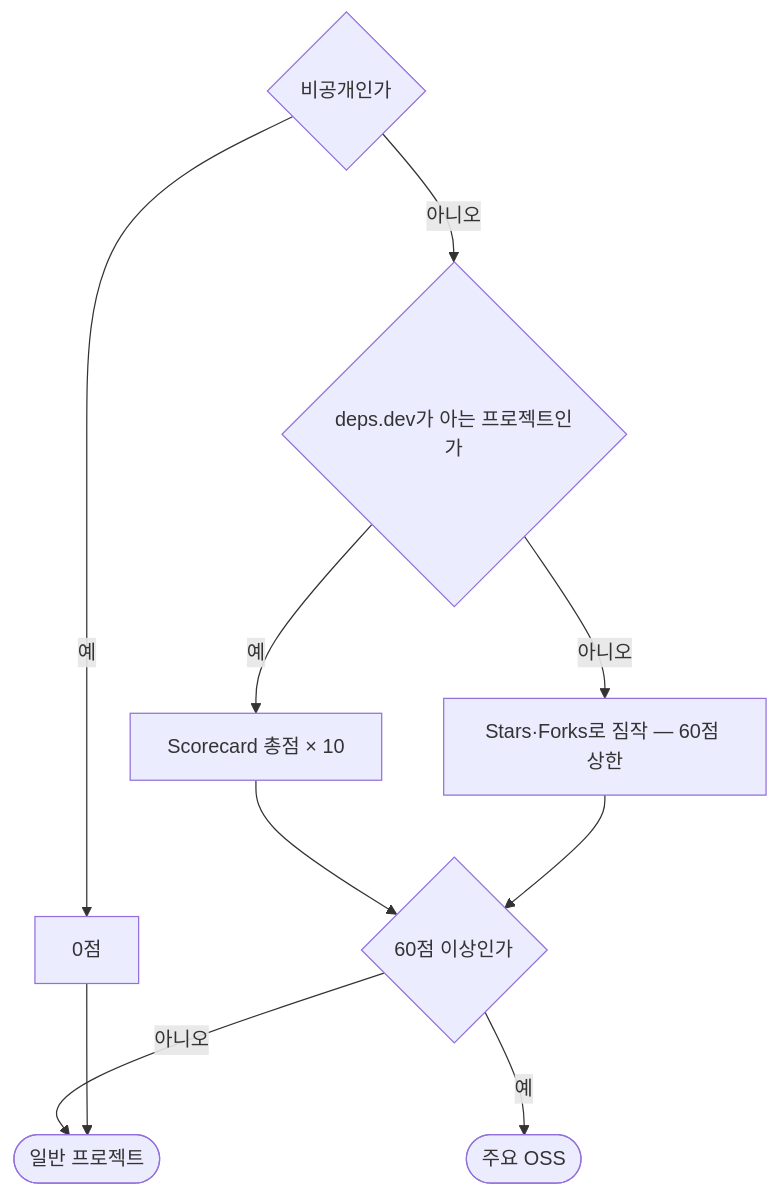
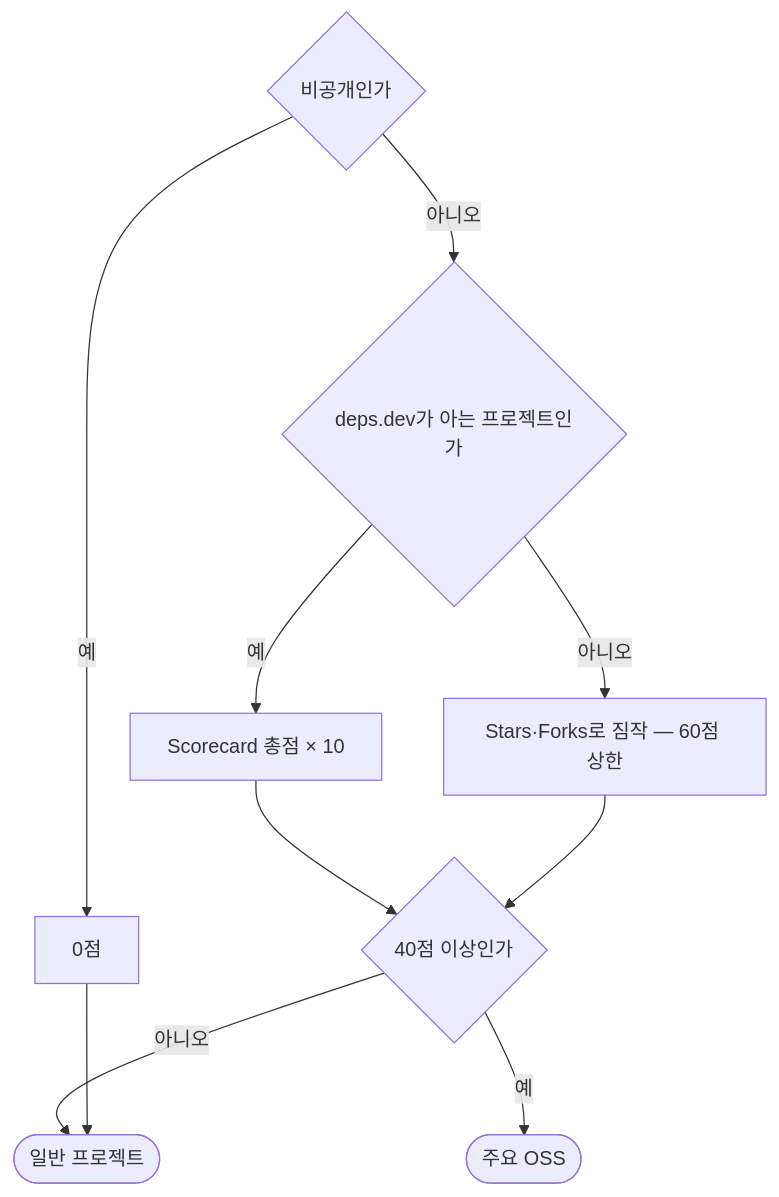
One commit to zaewc/Patchwork changed the first of 2 diagrams in README.md. Above: the diagram before and after it, drawn with Mermaid. The commit also changed other lines of this file and 5 other files, not shown here.

````diff
--- a/README.md
+++ b/README.md
@@ -15,12 +15,12 @@
 ```mermaid
 flowchart TD
     A{비공개인가} -->|예| Z[0점]
     A -->|아니오| B{"deps.dev가 아는 프로젝트인가"}
     B -->|예| C["Scorecard 총점 × 10"]
     B -->|아니오| D["Stars·Forks로 짐작 — 60점 상한"]
-    C --> E{60점 이상인가}
+    C --> E{40점 이상인가}
     D --> E
     E -->|예| F([주요 OSS])
     E -->|아니오| G([일반 프로젝트])
     Z --> G
 ```
````
